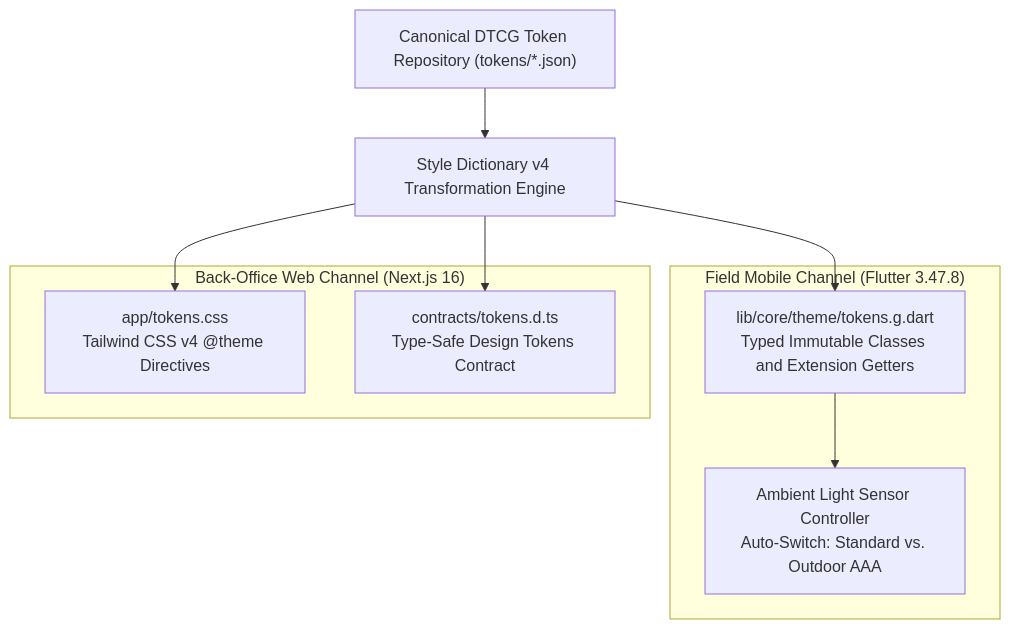
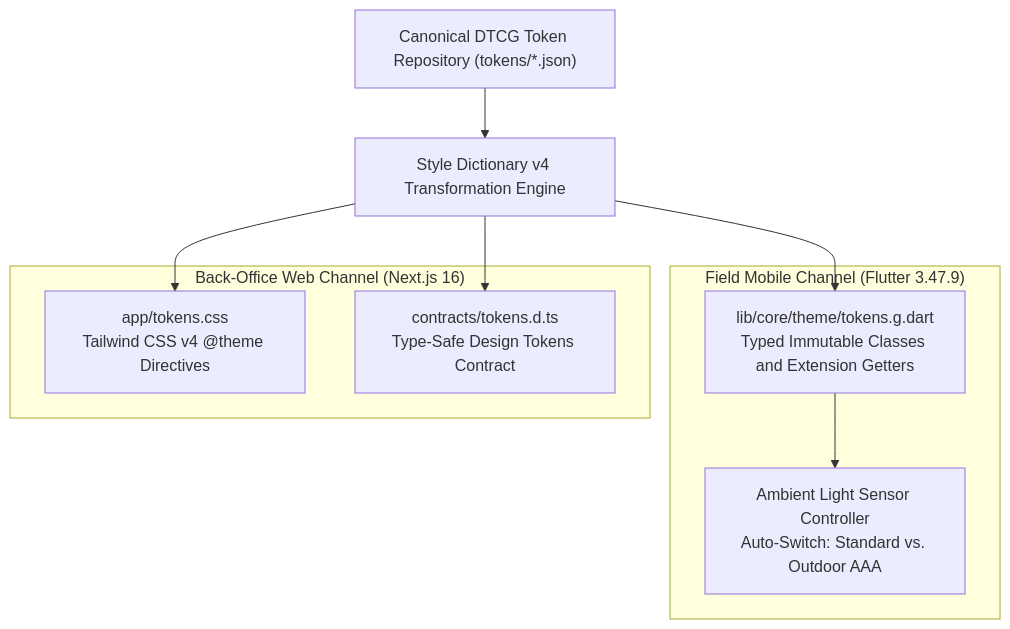
Before and after one commit to YDink/Heavy-Machinery-Logistics-Rental: the first of 8 diagrams in docs/shared/design/02-tokens-and-accessibility.md, drawn with Mermaid. The commit also changed other lines of this file and 183 other files, not shown here.

````diff
--- a/docs/shared/design/02-tokens-and-accessibility.md
+++ b/docs/shared/design/02-tokens-and-accessibility.md
@@ -92,23 +92,23 @@
 ```mermaid
 flowchart TD
     TokenRoot["Canonical DTCG Token Repository (tokens/*.json)"]
     
     Compiler["Style Dictionary v4 Transformation Engine"]
     
-    subgraph MobileOutput ["Field Mobile Channel (Flutter 3.47.8)"]
+    subgraph MobileOutput ["Field Mobile Channel (Flutter 3.47.9)"]
         DartTokens["lib/core/theme/tokens.g.dart<br/>Typed Immutable Classes and Extension Getters"]
         AmbientEngine["Ambient Light Sensor Controller<br/>Auto-Switch: Standard vs. Outdoor AAA"]
     end
 
     subgraph WebOutput ["Back-Office Web Channel (Next.js 16)"]
         TailwindTokens["app/tokens.css<br/>Tailwind CSS v4 @theme Directives"]
         TSTokens["contracts/tokens.d.ts<br/>Type-Safe Design Tokens Contract"]
     end
 
     TokenRoot --> Compiler
     Compiler --> DartTokens
     Compiler --> TailwindTokens
     Compiler --> TSTokens
 
     DartTokens --> AmbientEngine
 ```
````
